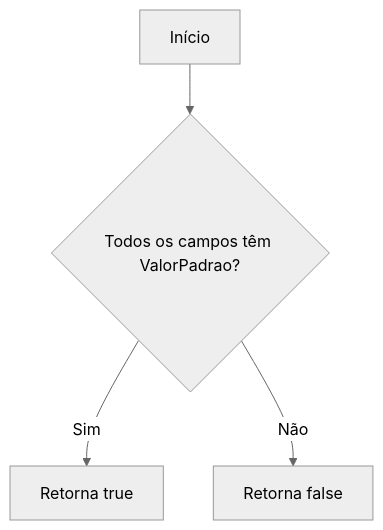
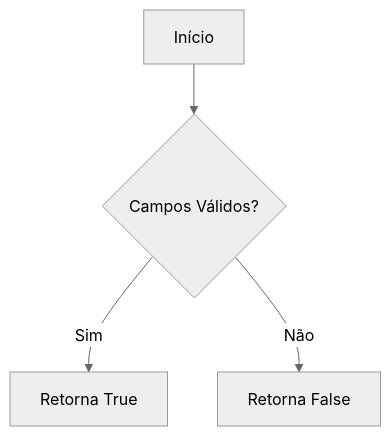
Before and after one commit to IsthmusSistemas/documentacao-tecnica: the first of 2 diagrams in docs/b2b-dominio/IsthmusWinthor.Nucleo/IsthmusWinthor.Dominio/Entidades/FormularioPerfil.md, drawn with Mermaid (neutral theme). The commit also changed other lines of this file and 882 other files, not shown here.

````diff
--- a/docs/b2b-dominio/IsthmusWinthor.Nucleo/IsthmusWinthor.Dominio/Entidades/FormularioPerfil.md
+++ b/docs/b2b-dominio/IsthmusWinthor.Nucleo/IsthmusWinthor.Dominio/Entidades/FormularioPerfil.md
@@ -20,6 +18,6 @@
 ```mermaid
 flowchart TD
-    A[Início] --> B{Todos os campos têm ValorPadrao?}
-    B -- Sim --> C[Retorna true]
-    B -- Não --> D[Retorna false]
+    A[Início] --> B{Campos Válidos?}
+    B -- Sim --> C[Retorna True]
+    B -- Não --> D[Retorna False]
 ```
````
